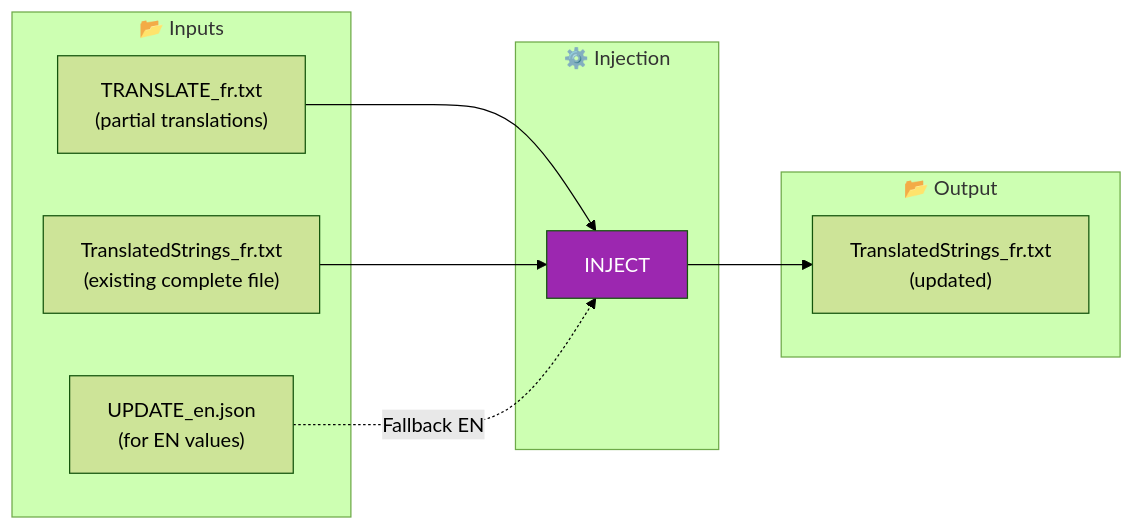
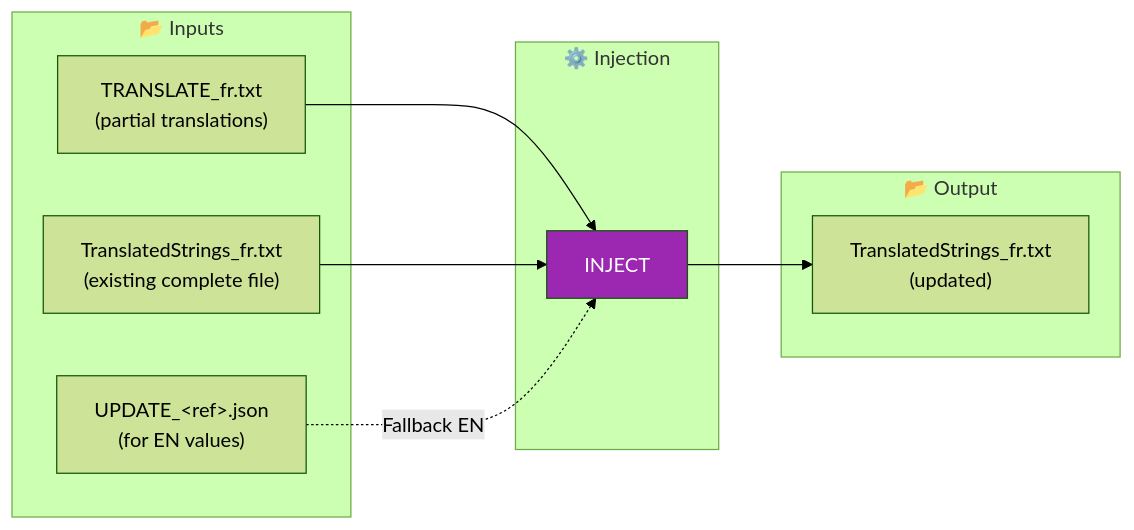
The first of 2 diagrams in tools/translator/__doc__/en/commands/INJECT.md (Gotcha26/Adobe_Lightroom_Translation_Plugins_Kit), drawn with Mermaid (forest theme) before and after one commit. The commit also changed other lines of this file and 28 other files, not shown here.

````diff
--- a/tools/translator/__doc__/en/commands/INJECT.md
+++ b/tools/translator/__doc__/en/commands/INJECT.md
@@ -17,23 +17,23 @@
 ```mermaid
 flowchart LR
     subgraph Input["📂 Inputs"]
         I1["TRANSLATE_fr.txt<br/>(partial translations)"]
         I2["TranslatedStrings_fr.txt<br/>(existing complete file)"]
-        I3["UPDATE_en.json<br/>(for EN values)"]
+        I3["UPDATE_&lt;ref&gt;.json<br/>(for EN values)"]
     end
 
     subgraph Process["⚙️ Injection"]
         P["INJECT"]
     end
 
     subgraph Output["📂 Output"]
         O["TranslatedStrings_fr.txt<br/>(updated)"]
     end
 
     I1 --> P
     I2 --> P
     I3 -.->|"Fallback EN"| P
     P --> O
 
     style P fill:#9C27B0,color:#fff
 ```
````
